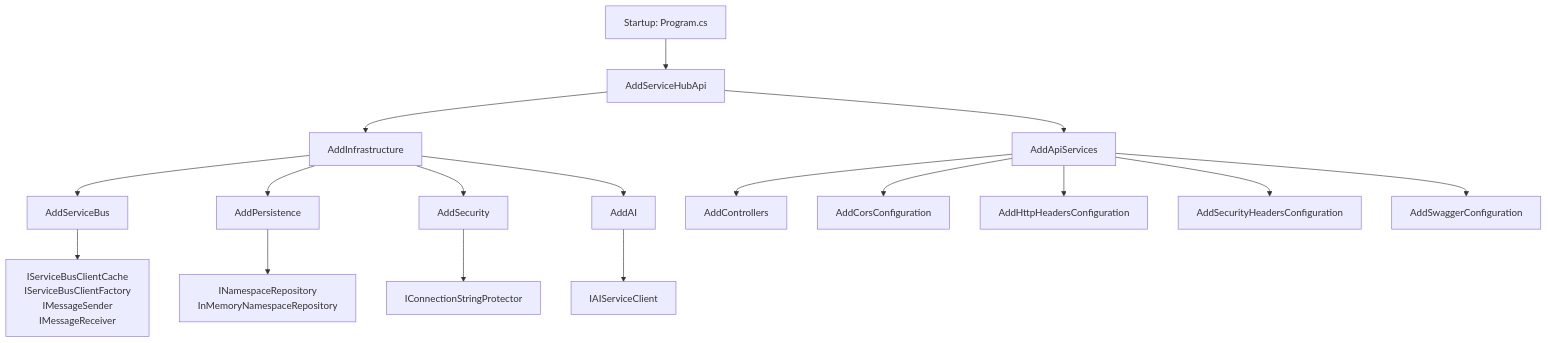
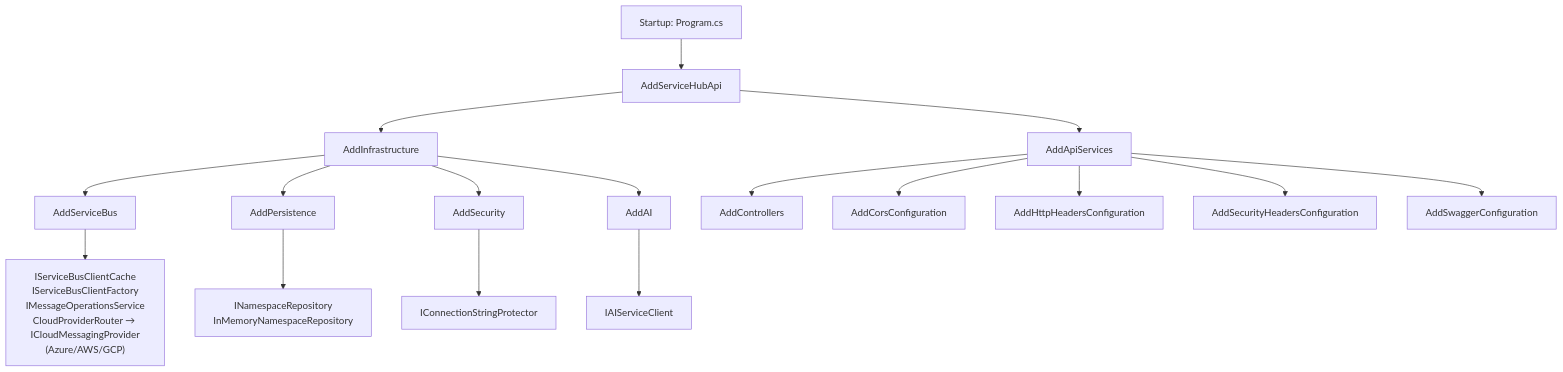
The second of 8 diagrams in services/api/IMPLEMENTATION_PATTERNS.md (debdevops/servicehub), drawn with Mermaid before and after one commit. The commit also changed other lines of this file and 9 other files, not shown here.

First line of the commit message:
Enhance documentation and security measures; refactor architecture for multi-cloud support

````diff
--- a/services/api/IMPLEMENTATION_PATTERNS.md
+++ b/services/api/IMPLEMENTATION_PATTERNS.md
@@ -124,25 +124,25 @@
 ```mermaid
 graph TD
     A["Startup: Program.cs"] --> B["AddServiceHubApi"]
     B --> C["AddInfrastructure"]
     B --> D["AddApiServices"]
     
     C --> E["AddServiceBus"]
     C --> F["AddPersistence"]
     C --> G["AddSecurity"]
     C --> H["AddAI"]
     
     D --> I["AddControllers"]
     D --> J["AddCorsConfiguration"]
     D --> K["AddHttpHeadersConfiguration"]
     D --> L["AddSecurityHeadersConfiguration"]
     D --> M["AddSwaggerConfiguration"]
     
-    E --> N["IServiceBusClientCache<br/>IServiceBusClientFactory<br/>IMessageSender<br/>IMessageReceiver"]
+    E --> N["IServiceBusClientCache<br/>IServiceBusClientFactory<br/>IMessageOperationsService<br/>CloudProviderRouter → ICloudMessagingProvider<br/>(Azure/AWS/GCP)"]
     
     F --> O["INamespaceRepository<br/>InMemoryNamespaceRepository"]
     
     G --> P["IConnectionStringProtector"]
     
     H --> Q["IAIServiceClient"]
 ```
````
